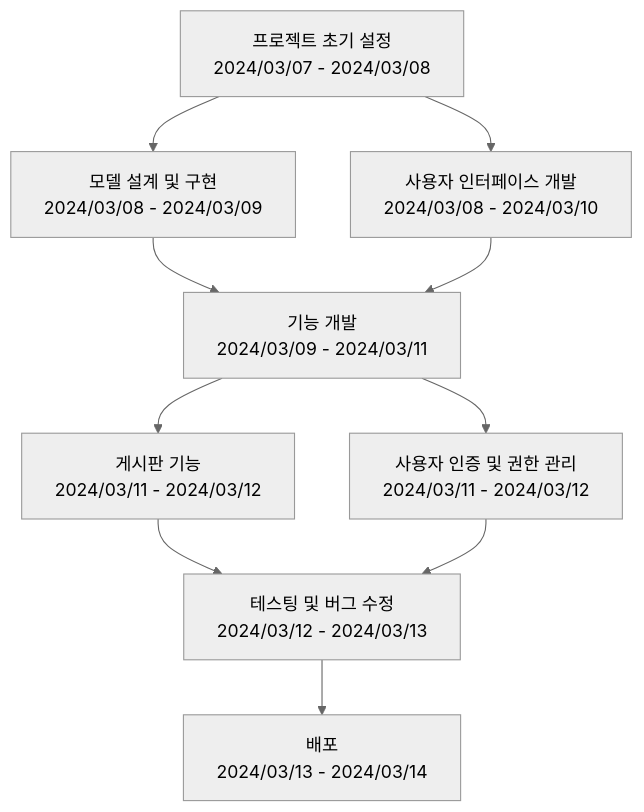
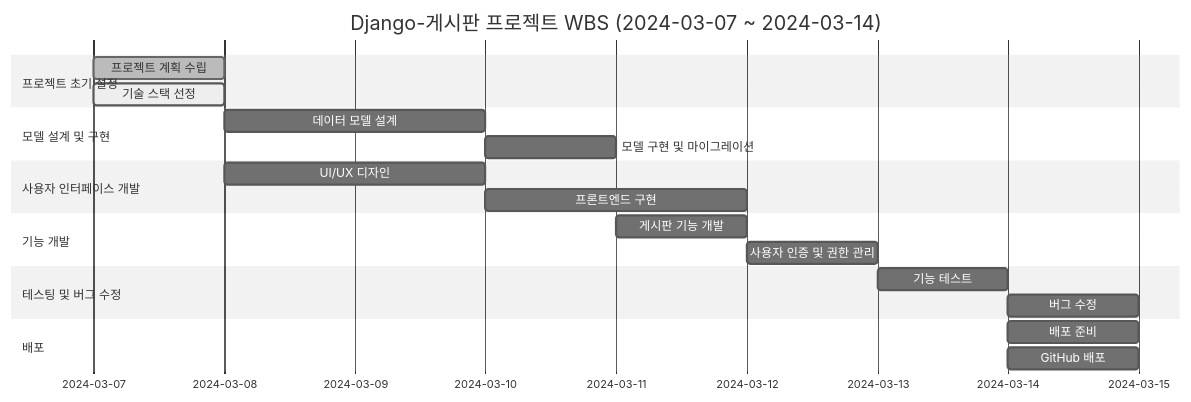
The first of 3 diagrams in README.md (rkawkclzls/Dango-), drawn with Mermaid (neutral theme) before and after one commit.

````diff
--- a/README.md
+++ b/README.md
@@ -22,12 +22,29 @@
 ```mermaid
-graph TD;
-    A[프로젝트 초기 설정<br>2024/03/07 - 2024/03/08] --> B[모델 설계 및 구현<br>2024/03/08 - 2024/03/09];
-    A --> C[사용자 인터페이스 개발<br>2024/03/08 - 2024/03/10];
-    B --> D[기능 개발<br>2024/03/09 - 2024/03/11];
-    C --> D;
-    D --> E[게시판 기능<br>2024/03/11 - 2024/03/12];
-    D --> F[사용자 인증 및 권한 관리<br>2024/03/11 - 2024/03/12];
-    E --> G[테스팅 및 버그 수정<br>2024/03/12 - 2024/03/13];
-    F --> G;
-    G --> H[배포<br>2024/03/13 - 2024/03/14];
+gantt
+    title Django-게시판 프로젝트 WBS (2024-03-07 ~ 2024-03-14)
+    dateFormat  YYYY-MM-DD
+    section 프로젝트 초기 설정
+    프로젝트 계획 수립       :done,    2024-03-07, 1d
+    기술 스택 선정         :active,  2024-03-07, 1d
+    
+    section 모델 설계 및 구현
+    데이터 모델 설계       :         2024-03-08, 2d
+    모델 구현 및 마이그레이션 :         2024-03-10, 1d
+    
+    section 사용자 인터페이스 개발
+    UI/UX 디자인          :         2024-03-08, 2d
+    프론트엔드 구현       :         2024-03-10, 2d
+    
+    section 기능 개발
+    게시판 기능 개발      :         2024-03-11, 1d
+    사용자 인증 및 권한 관리 :         2024-03-12, 1d
+    
+    section 테스팅 및 버그 수정
+    기능 테스트           :         2024-03-13, 1d
+    버그 수정             :         2024-03-14, 1d
+    
+    section 배포
+    배포 준비             :         2024-03-14, 1d
+    GitHub 배포           :         2024-03-14, 1d
+
 ```
````
